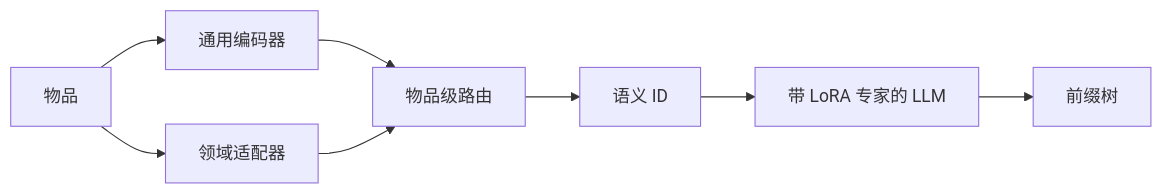
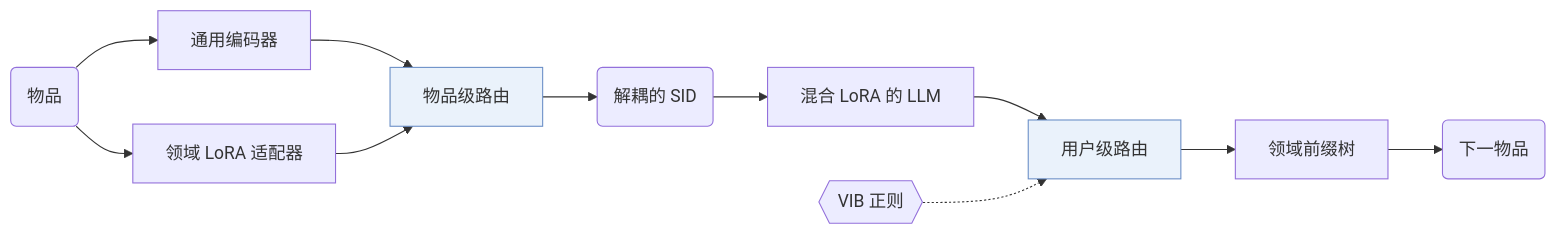
The diagram in notes/zh/gencdr.md (Galaxy-ghost/Awesome-SID-Generative-Rec), drawn with Mermaid before and after one commit. The commit also changed 521 other files, not shown here.

Commit message:
writer-04 part 3: algorithm diagrams with shared shape conventions, README hero and paper cards, archive removed

````diff
--- a/notes/zh/gencdr.md
+++ b/notes/zh/gencdr.md
@@ -13,10 +13,14 @@
 ```mermaid
 flowchart LR
-    A[物品] --> B[通用编码器]
-    A --> C[领域适配器]
-    B --> D[物品级路由]
+    A("物品") --> B["通用编码器"]
+    A --> C["领域 LoRA 适配器"]
+    B --> D["物品级路由"]:::key
     C --> D
-    D --> E[语义 ID]
-    E --> F[带 LoRA 专家的 LLM]
-    F --> G[前缀树]
+    D --> E("解耦的 SID")
+    E --> F["混合 LoRA 的 LLM"]
+    F --> G["用户级路由"]:::key
+    L1{{"VIB 正则"}} -.-> G
+    G --> H["领域前缀树"]
+    H --> I("下一物品")
+    classDef key fill:#eaf2fb,stroke:#6b8fc7
 ```
````
